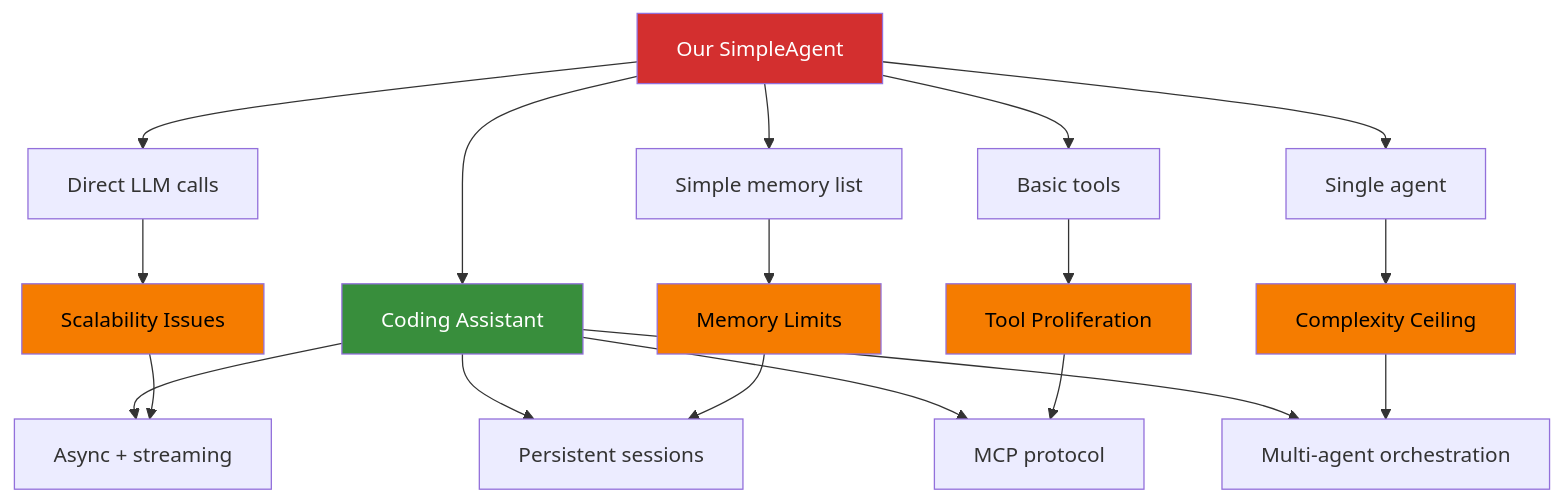
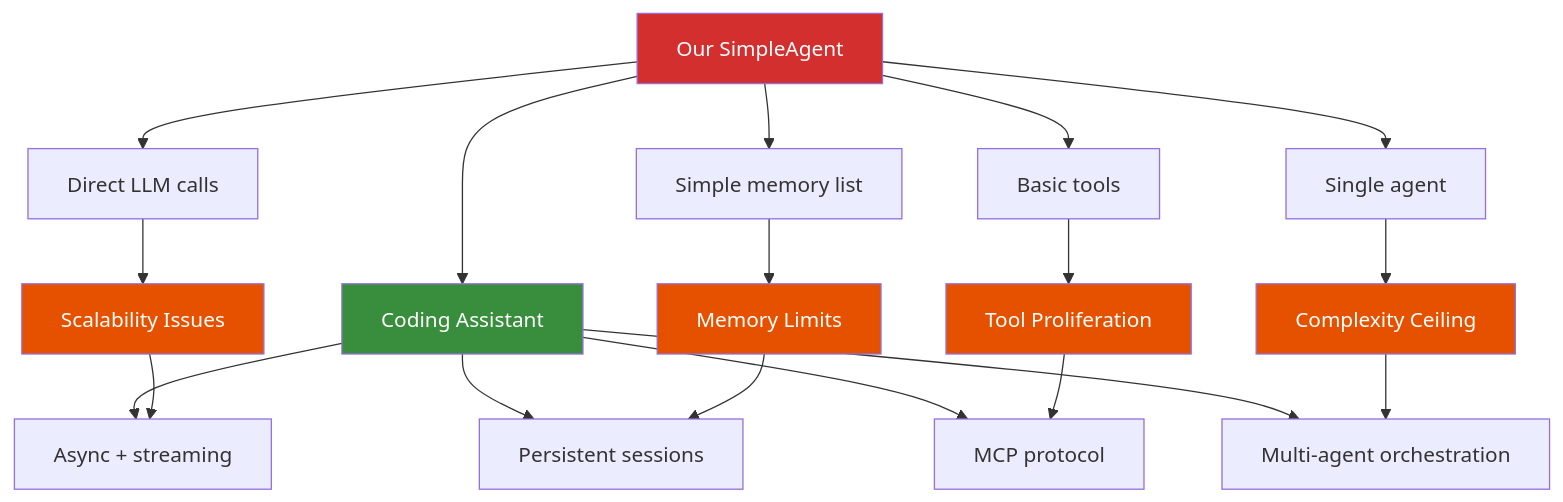
Before and after one commit to fwornle/agentic-ai-nano: diagram 14 of 15 in docs-content/01_frameworks/Session1_ModuleD_Coding_Assistant_Case_Study.md, drawn with Mermaid. The commit also changed other lines of this file, not shown here.

````diff
--- a/docs-content/01_frameworks/Session1_ModuleD_Coding_Assistant_Case_Study.md
+++ b/docs-content/01_frameworks/Session1_ModuleD_Coding_Assistant_Case_Study.md
@@ -874,31 +874,31 @@
 ```mermaid
 graph TD
     SIMPLE[Our SimpleAgent] --> PROD[Coding Assistant]
     
     SIMPLE --> S1[Direct LLM calls]
     SIMPLE --> S2[Simple memory list]
     SIMPLE --> S3[Basic tools]
     SIMPLE --> S4[Single agent]
     
     PROD --> P1[Async + streaming]
     PROD --> P2[Persistent sessions]  
     PROD --> P3[MCP protocol]
     PROD --> P4[Multi-agent orchestration]
     
     S1 --> SCALE1[Scalability Issues]
     S2 --> SCALE2[Memory Limits]
     S3 --> SCALE3[Tool Proliferation]
     S4 --> SCALE4[Complexity Ceiling]
     
     SCALE1 --> P1
     SCALE2 --> P2
     SCALE3 --> P3
     SCALE4 --> P4
     
     style SIMPLE fill:#D32F2F,color:#ffffff
     style PROD fill:#388E3C,color:#ffffff
-    style SCALE1 fill:#F57C00,color:#000000
-    style SCALE2 fill:#F57C00,color:#000000
-    style SCALE3 fill:#F57C00,color:#000000
-    style SCALE4 fill:#F57C00,color:#000000
+    style SCALE1 fill:#E65100,color:#ffffff
+    style SCALE2 fill:#E65100,color:#ffffff
+    style SCALE3 fill:#E65100,color:#ffffff
+    style SCALE4 fill:#E65100,color:#ffffff
 ```
````
